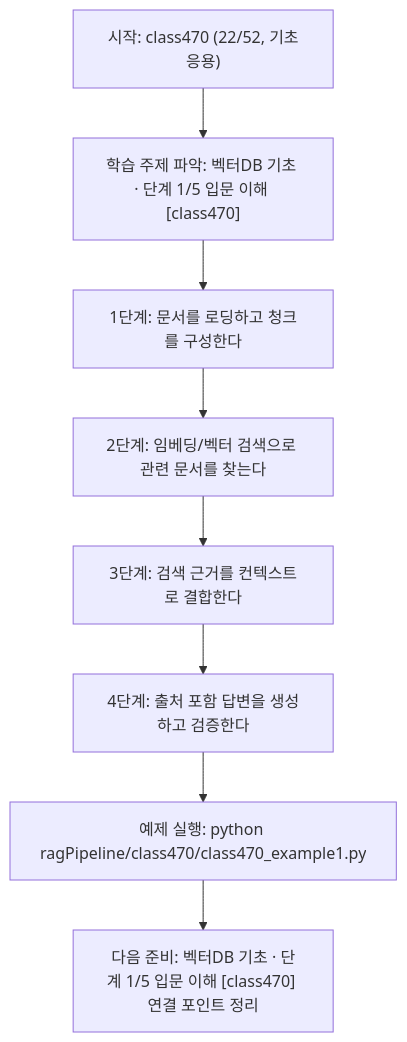
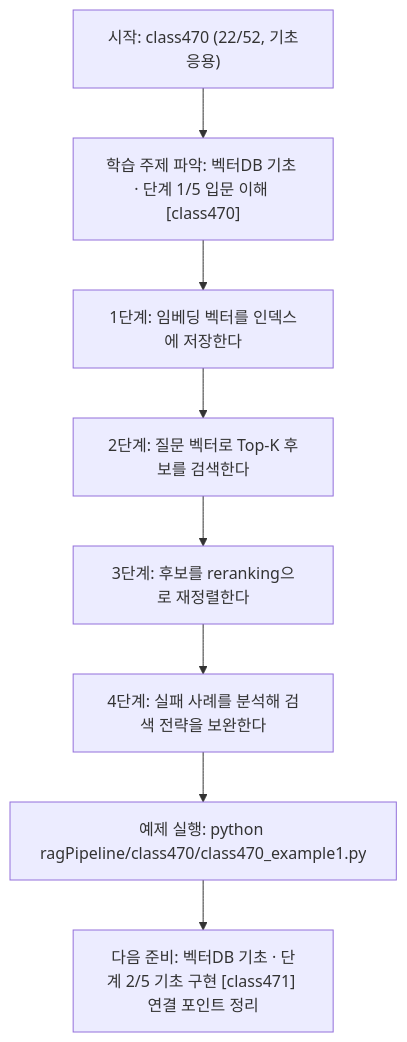
The diagram in ragPipeline/class470/class470.md (edumgt/Python-AI_Agent-Class), drawn with Mermaid before and after one commit. The commit also changed other lines of this file and 367 other files, not shown here.

````diff
--- a/ragPipeline/class470/class470.md
+++ b/ragPipeline/class470/class470.md
@@ -111,18 +92,18 @@
 ```mermaid
 flowchart TD
 N1["시작: class470 (22/52, 기초응용)"]
 N2["학습 주제 파악: 벡터DB 기초 · 단계 1/5 입문 이해 [class470]"]
-N3["1단계: 문서를 로딩하고 청크를 구성한다"]
-N4["2단계: 임베딩/벡터 검색으로 관련 문서를 찾는다"]
-N5["3단계: 검색 근거를 컨텍스트로 결합한다"]
-N6["4단계: 출처 포함 답변을 생성하고 검증한다"]
+N3["1단계: 임베딩 벡터를 인덱스에 저장한다"]
+N4["2단계: 질문 벡터로 Top-K 후보를 검색한다"]
+N5["3단계: 후보를 reranking으로 재정렬한다"]
+N6["4단계: 실패 사례를 분석해 검색 전략을 보완한다"]
 N7["예제 실행: python ragPipeline/class470/class470_example1.py"]
-N8["다음 준비: 벡터DB 기초 · 단계 1/5 입문 이해 [class470] 연결 포인트 정리"]
+N8["다음 준비: 벡터DB 기초 · 단계 2/5 기초 구현 [class471] 연결 포인트 정리"]
 N1 --> N2
 N2 --> N3
 N3 --> N4
 N4 --> N5
 N5 --> N6
 N6 --> N7
 N7 --> N8
 ```
````
